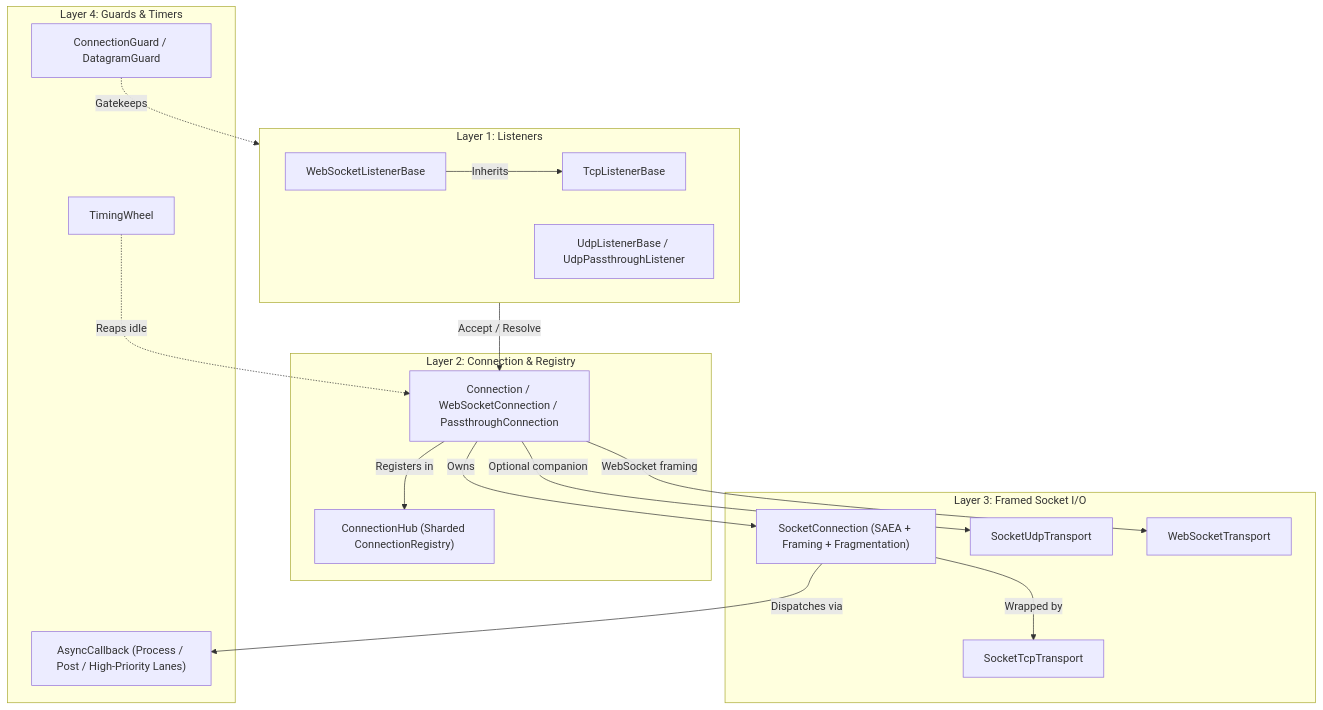
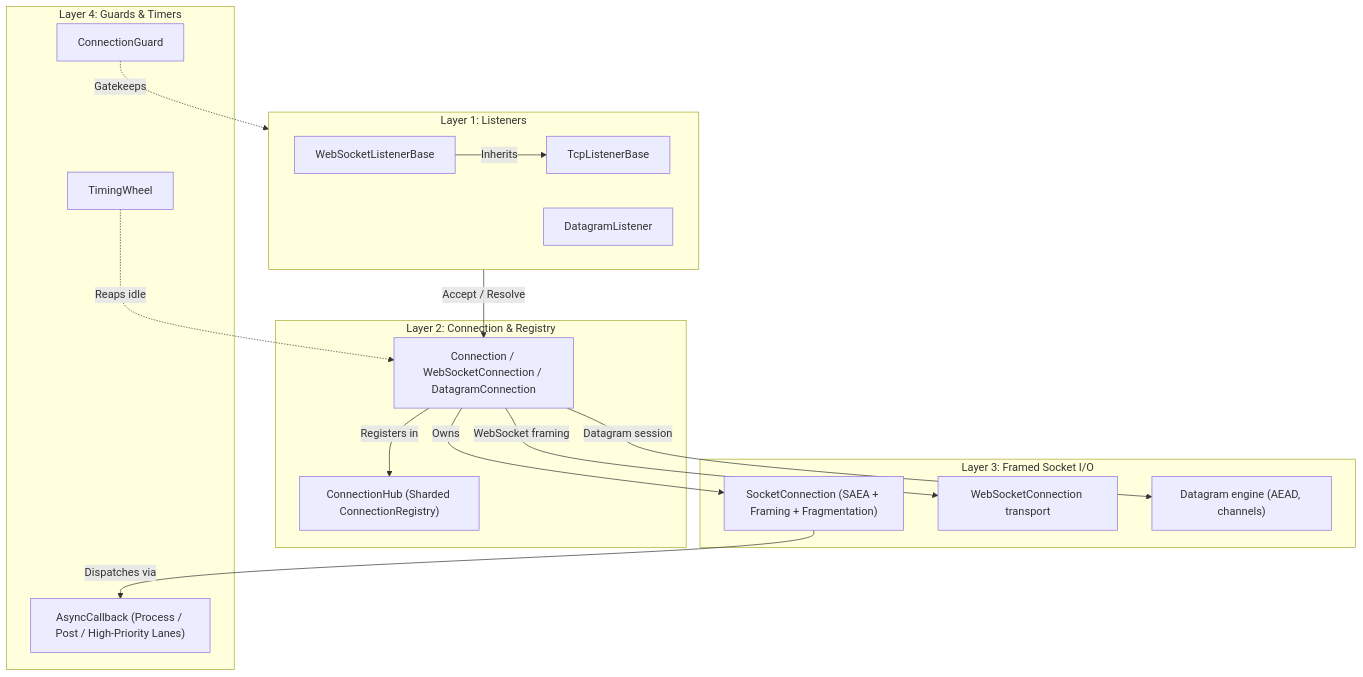
Before and after one commit to ppn-systems/nalix-docs: the diagram in src/content/docs/en-us/api/network/index.md, drawn with Mermaid. The commit also changed other lines of this file and 101 other files, not shown here.

````diff
--- a/src/content/docs/en-us/api/network/index.md
+++ b/src/content/docs/en-us/api/network/index.md
@@ -15,37 +15,35 @@
 ```mermaid
 flowchart TD
     subgraph Listeners["Layer 1: Listeners"]
         TCP["TcpListenerBase"]
-        UDP["UdpListenerBase / UdpPassthroughListener"]
+        UDP["DatagramListener"]
         WS["WebSocketListenerBase"]
     end
 
     subgraph Core["Layer 2: Connection & Registry"]
-        Conn["Connection / WebSocketConnection / PassthroughConnection"]
+        Conn["Connection / WebSocketConnection / DatagramConnection"]
         Hub["ConnectionHub (Sharded ConnectionRegistry)"]
     end
 
     subgraph Transport["Layer 3: Framed Socket I/O"]
         SC["SocketConnection (SAEA + Framing + Fragmentation)"]
-        STCP["SocketTcpTransport"]
-        SUDP["SocketUdpTransport"]
-        WST["WebSocketTransport"]
+        WST["WebSocketConnection transport"]
+        DGE["Datagram engine (AEAD, channels)"]
     end
 
     subgraph Support["Layer 4: Guards & Timers"]
         TW["TimingWheel"]
-        Lim["ConnectionGuard / DatagramGuard"]
+        Lim["ConnectionGuard"]
         AC["AsyncCallback (Process / Post / High-Priority Lanes)"]
     end
 
     WS -->|Inherits| TCP
     Listeners -->|Accept / Resolve| Conn
     Conn -->|Registers in| Hub
     Conn -->|Owns| SC
-    SC -->|Wrapped by| STCP
-    Conn -->|Optional companion| SUDP
     Conn -->|WebSocket framing| WST
+    Conn -->|Datagram session| DGE
     SC -->|Dispatches via| AC
     TW -.->|Reaps idle| Conn
     Lim -.->|Gatekeeps| Listeners
 ```
````
